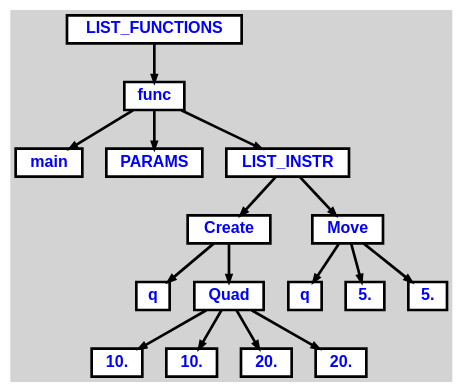
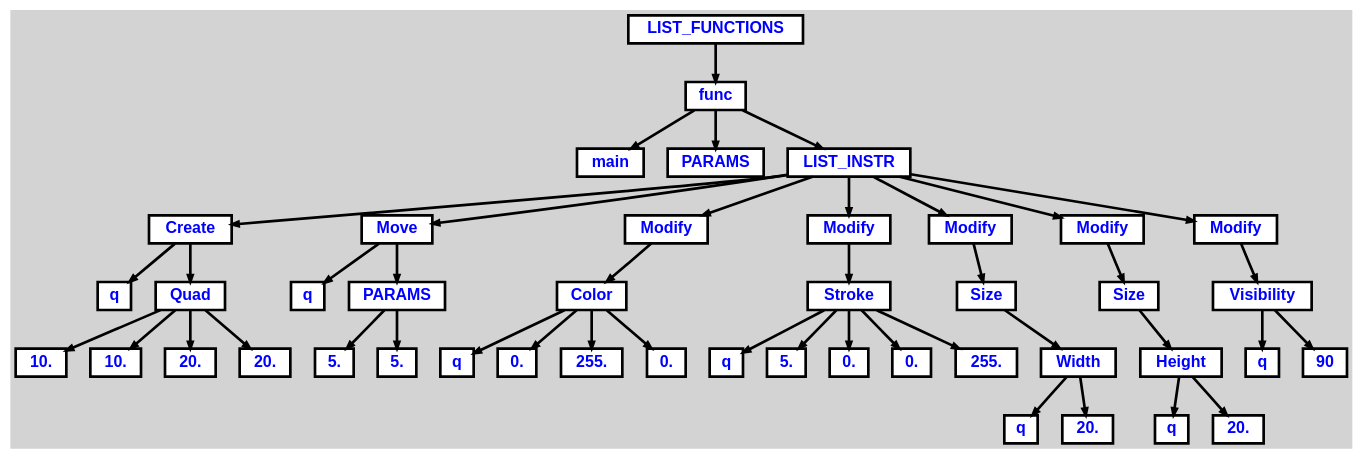
The diagram in Asl/examples/jp1.dot (RogerNogue/animationVisualizer), drawn with Graphviz before and after one commit. The commit also changed 4 other files, not shown here.

```diff
--- a/Asl/examples/jp1.dot
+++ b/Asl/examples/jp1.dot
@@ -1,47 +1,116 @@
 digraph {
 
 	ordering=out;
 	ranksep=.4;
 	bgcolor="lightgrey"; node [shape=box, fixedsize=false, fontsize=12, fontname="Helvetica-bold", fontcolor="blue"
 		width=.25, height=.25, color="black", fillcolor="white", style="filled, solid, bold"];
 	edge [arrowsize=.5, color="black", style="bold"]
 
   n0 [label="LIST_FUNCTIONS"];
   n1 [label="func"];
   n1 [label="func"];
   n2 [label="main"];
   n3 [label="PARAMS"];
   n4 [label="LIST_INSTR"];
   n4 [label="LIST_INSTR"];
   n5 [label="Create"];
   n5 [label="Create"];
   n6 [label="q"];
   n7 [label="Quad"];
   n7 [label="Quad"];
   n8 [label="10."];
   n9 [label="10."];
   n10 [label="20."];
   n11 [label="20."];
   n12 [label="Move"];
   n12 [label="Move"];
   n13 [label="q"];
-  n14 [label="5."];
+  n14 [label="PARAMS"];
+  n14 [label="PARAMS"];
   n15 [label="5."];
+  n16 [label="5."];
+  n17 [label="Modify"];
+  n17 [label="Modify"];
+  n18 [label="Color"];
+  n18 [label="Color"];
+  n19 [label="q"];
+  n20 [label="0."];
+  n21 [label="255."];
+  n22 [label="0."];
+  n23 [label="Modify"];
+  n23 [label="Modify"];
+  n24 [label="Stroke"];
+  n24 [label="Stroke"];
+  n25 [label="q"];
+  n26 [label="5."];
+  n27 [label="0."];
+  n28 [label="0."];
+  n29 [label="255."];
+  n30 [label="Modify"];
+  n30 [label="Modify"];
+  n31 [label="Size"];
+  n31 [label="Size"];
+  n32 [label="Width"];
+  n32 [label="Width"];
+  n33 [label="q"];
+  n34 [label="20."];
+  n35 [label="Modify"];
+  n35 [label="Modify"];
+  n36 [label="Size"];
+  n36 [label="Size"];
+  n37 [label="Height"];
+  n37 [label="Height"];
+  n38 [label="q"];
+  n39 [label="20."];
+  n40 [label="Modify"];
+  n40 [label="Modify"];
+  n41 [label="Visibility"];
+  n41 [label="Visibility"];
+  n42 [label="q"];
+  n43 [label="90"];
 
   n0 -> n1 // "LIST_FUNCTIONS" -> "func"
   n1 -> n2 // "func" -> "main"
   n1 -> n3 // "func" -> "PARAMS"
   n1 -> n4 // "func" -> "LIST_INSTR"
   n4 -> n5 // "LIST_INSTR" -> "Create"
   n5 -> n6 // "Create" -> "q"
   n5 -> n7 // "Create" -> "Quad"
   n7 -> n8 // "Quad" -> "10."
   n7 -> n9 // "Quad" -> "10."
   n7 -> n10 // "Quad" -> "20."
   n7 -> n11 // "Quad" -> "20."
   n4 -> n12 // "LIST_INSTR" -> "Move"
   n12 -> n13 // "Move" -> "q"
-  n12 -> n14 // "Move" -> "5."
-  n12 -> n15 // "Move" -> "5."
+  n12 -> n14 // "Move" -> "PARAMS"
+  n14 -> n15 // "PARAMS" -> "5."
+  n14 -> n16 // "PARAMS" -> "5."
+  n4 -> n17 // "LIST_INSTR" -> "Modify"
+  n17 -> n18 // "Modify" -> "Color"
+  n18 -> n19 // "Color" -> "q"
+  n18 -> n20 // "Color" -> "0."
+  n18 -> n21 // "Color" -> "255."
+  n18 -> n22 // "Color" -> "0."
+  n4 -> n23 // "LIST_INSTR" -> "Modify"
+  n23 -> n24 // "Modify" -> "Stroke"
+  n24 -> n25 // "Stroke" -> "q"
+  n24 -> n26 // "Stroke" -> "5."
+  n24 -> n27 // "Stroke" -> "0."
+  n24 -> n28 // "Stroke" -> "0."
+  n24 -> n29 // "Stroke" -> "255."
+  n4 -> n30 // "LIST_INSTR" -> "Modify"
+  n30 -> n31 // "Modify" -> "Size"
+  n31 -> n32 // "Size" -> "Width"
+  n32 -> n33 // "Width" -> "q"
+  n32 -> n34 // "Width" -> "20."
+  n4 -> n35 // "LIST_INSTR" -> "Modify"
+  n35 -> n36 // "Modify" -> "Size"
+  n36 -> n37 // "Size" -> "Height"
+  n37 -> n38 // "Height" -> "q"
+  n37 -> n39 // "Height" -> "20."
+  n4 -> n40 // "LIST_INSTR" -> "Modify"
+  n40 -> n41 // "Modify" -> "Visibility"
+  n41 -> n42 // "Visibility" -> "q"
+  n41 -> n43 // "Visibility" -> "90"
 
 }
```
